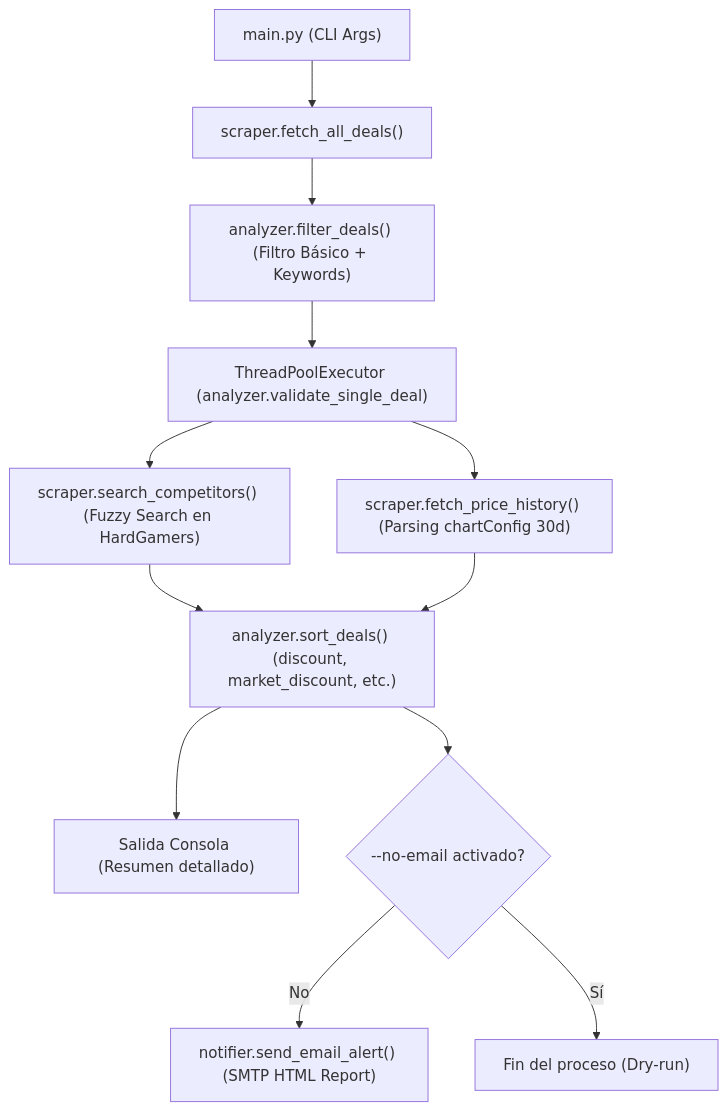
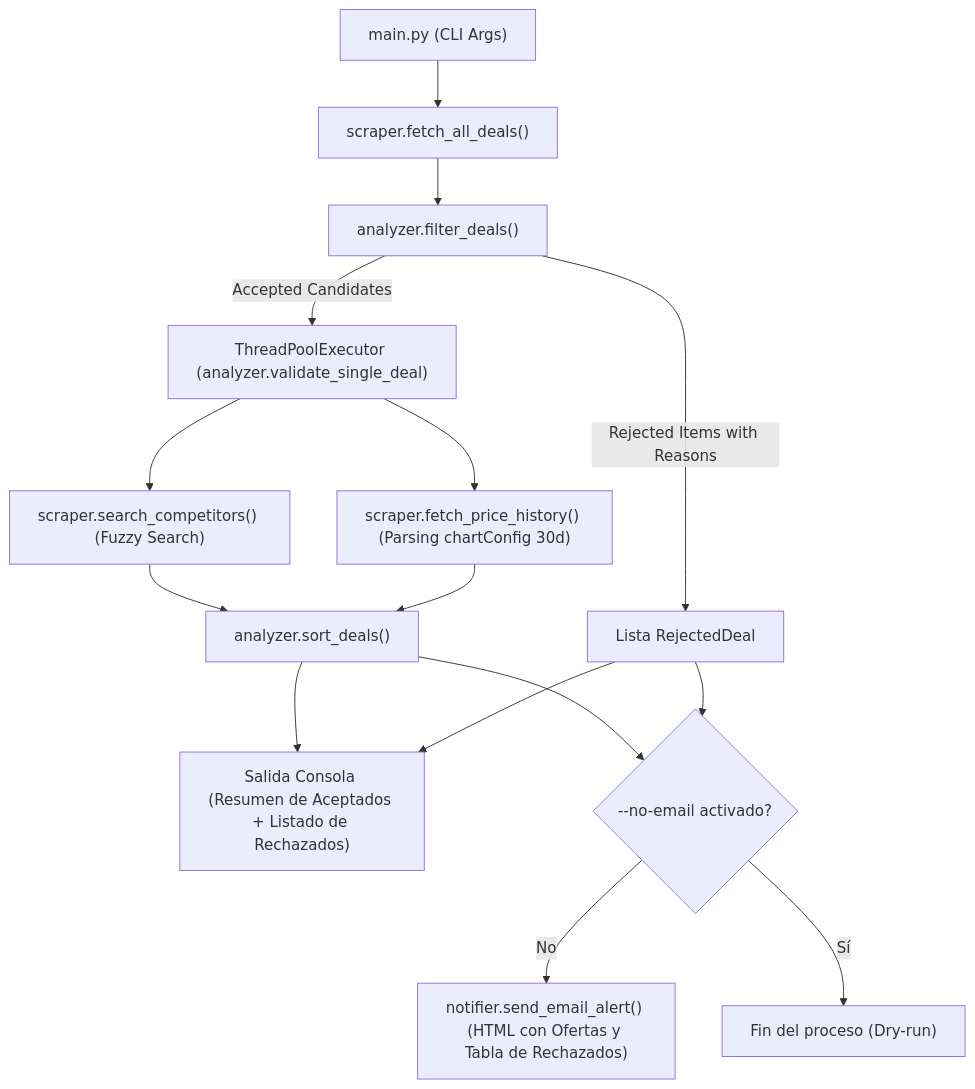
Before and after one commit to santiavenda2/hardgamers-ia: the diagram in AGENT.md, drawn with Mermaid. The commit also changed other lines of this file and 6 other files, not shown here.

````diff
--- a/AGENT.md
+++ b/AGENT.md
@@ -53,13 +58,14 @@
 ```mermaid
 flowchart TD
     A["main.py (CLI Args)"] --> B["scraper.fetch_all_deals()"]
-    B --> C["analyzer.filter_deals() (Filtro Básico + Keywords)"]
-    C --> D["ThreadPoolExecutor (analyzer.validate_single_deal)"]
-    D --> E["scraper.search_competitors() (Fuzzy Search en HardGamers)"]
+    B --> C["analyzer.filter_deals()"]
+    C -->|Accepted Candidates| D["ThreadPoolExecutor (analyzer.validate_single_deal)"]
+    C -->|Rejected Items with Reasons| R["Lista RejectedDeal"]
+    D --> E["scraper.search_competitors() (Fuzzy Search)"]
     D --> F["scraper.fetch_price_history() (Parsing chartConfig 30d)"]
-    E & F --> G["analyzer.sort_deals() (discount, market_discount, etc.)"]
-    G --> H["Salida Consola (Resumen detallado)"]
-    G --> I{"--no-email activado?"}
-    I -- No --> J["notifier.send_email_alert() (SMTP HTML Report)"]
+    E & F --> G["analyzer.sort_deals()"]
+    G & R --> H["Salida Consola (Resumen de Aceptados + Listado de Rechazados)"]
+    G & R --> I{"--no-email activado?"}
+    I -- No --> J["notifier.send_email_alert() (HTML con Ofertas y Tabla de Rechazados)"]
     I -- Sí --> K["Fin del proceso (Dry-run)"]
 ```
````
